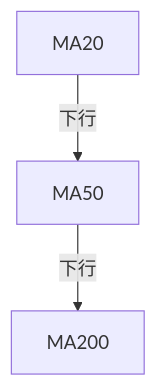
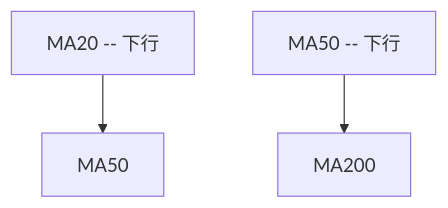
One commit to yennanliu/finance_data changed the sixth of 10 diagrams in ai_gen_report/stock/onds/technical_analysis_2026-03-29_openai.md. Above: the diagram before and after it, drawn with Mermaid. The commit also changed other lines of this file and 2258 other files, not shown here.

First line of the commit message:
chore: backfill Mermaid syntax repair across existing reports

````diff
--- a/ai_gen_report/stock/onds/technical_analysis_2026-03-29_openai.md
+++ b/ai_gen_report/stock/onds/technical_analysis_2026-03-29_openai.md
@@ -222,5 +222,5 @@
 ```mermaid
 graph TD
-    MA20 -- 下行 --> MA50
-    MA50 -- 下行 --> MA200
+    nb1["MA20 -- 下行"] --> MA50
+    nb2["MA50 -- 下行"] --> MA200
 ```
````
